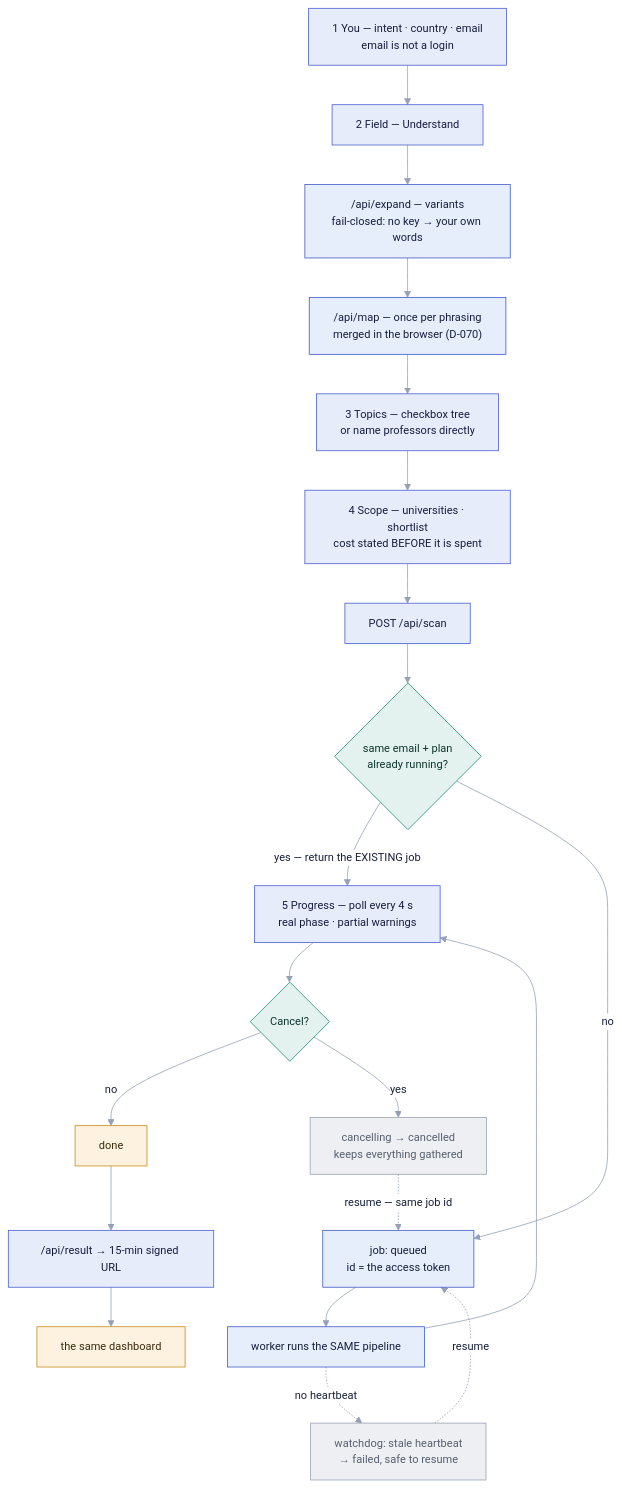
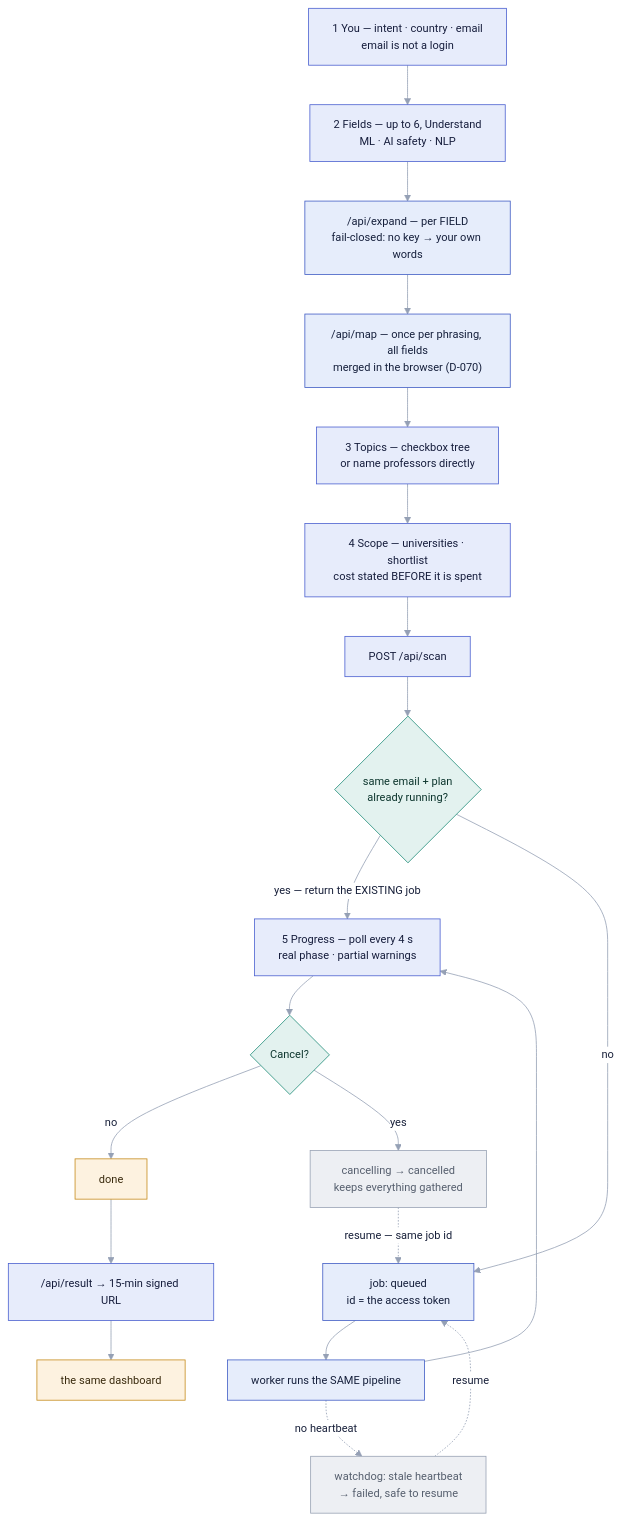
Before and after one commit to ahmedmahershaaban/supervisorly: the sixth of 13 diagrams in docs/design-atlas.md, drawn with Mermaid. The commit also changed 5 other files, not shown here.

````diff
--- a/docs/design-atlas.md
+++ b/docs/design-atlas.md
@@ -334,42 +334,42 @@
 ```mermaid
 %%{init:{'theme':'base','themeVariables':{'fontFamily':'ui-sans-serif,system-ui,sans-serif','fontSize':'14px','primaryColor':'#e6edfb','primaryBorderColor':'#3f5bc4','primaryTextColor':'#18203a','lineColor':'#95a0b5','secondaryColor':'#eef1f6','tertiaryColor':'#f6f8fb','clusterBkg':'#f6f8fb','clusterBorder':'#cbd3e2','edgeLabelBackground':'#ffffff'}}}%%
 flowchart TD
   W1["1 You — intent · country · email<br/>email is not a login"]
-  W2["2 Field — Understand"]
-  EXP["/api/expand — variants<br/>fail-closed: no key → your own words"]
-  MAP["/api/map — once per phrasing<br/>merged in the browser (D-070)"]
+  W2["2 Fields — up to 6, Understand<br/>ML · AI safety · NLP"]
+  EXP["/api/expand — per FIELD<br/>fail-closed: no key → your own words"]
+  MAP["/api/map — once per phrasing, all fields<br/>merged in the browser (D-070)"]
   W3["3 Topics — checkbox tree<br/>or name professors directly"]
   W4["4 Scope — universities · shortlist<br/>cost stated BEFORE it is spent"]
   START["POST /api/scan"]
   IDEM{"same email + plan<br/>already running?"}
   JOB["job: queued<br/>id = the access token"]
   RUN["worker runs the SAME pipeline"]
   POLL["5 Progress — poll every 4 s<br/>real phase · partial warnings"]
   CAN{"Cancel?"}
   STOP["cancelling → cancelled<br/>keeps everything gathered"]
   STALL["watchdog: stale heartbeat<br/>→ failed, safe to resume"]
   DONE["done"]
   RES["/api/result → 15-min signed URL"]
   DASH["the same dashboard"]
 
   W1 --> W2 --> EXP --> MAP --> W3 --> W4 --> START --> IDEM
   IDEM -->|"yes — return the EXISTING job"| POLL
   IDEM -->|"no"| JOB --> RUN --> POLL
   POLL --> CAN
   CAN -->|"no"| DONE --> RES --> DASH
   CAN -->|"yes"| STOP
   RUN -.->|"no heartbeat"| STALL
   STOP -.->|"resume — same job id"| JOB
   STALL -.->|"resume"| JOB
 
   classDef web fill:#e7ecfb,stroke:#4a5fd0,color:#161d3c;
   classDef tool fill:#e6edfb,stroke:#3f5bc4,color:#16203c;
   classDef gate fill:#e3f2ef,stroke:#1e8c78,color:#0d362e;
   classDef store fill:#fdf2e0,stroke:#c58a1a,color:#3a2b0e;
   classDef skip fill:#edeff3,stroke:#98a2b4,color:#565f6e;
   class W1,W2,W3,W4,POLL,START,RES web
   class EXP,MAP,JOB,RUN tool
   class IDEM,CAN gate
   class DASH,DONE store
   class STOP,STALL skip
 ```
````
